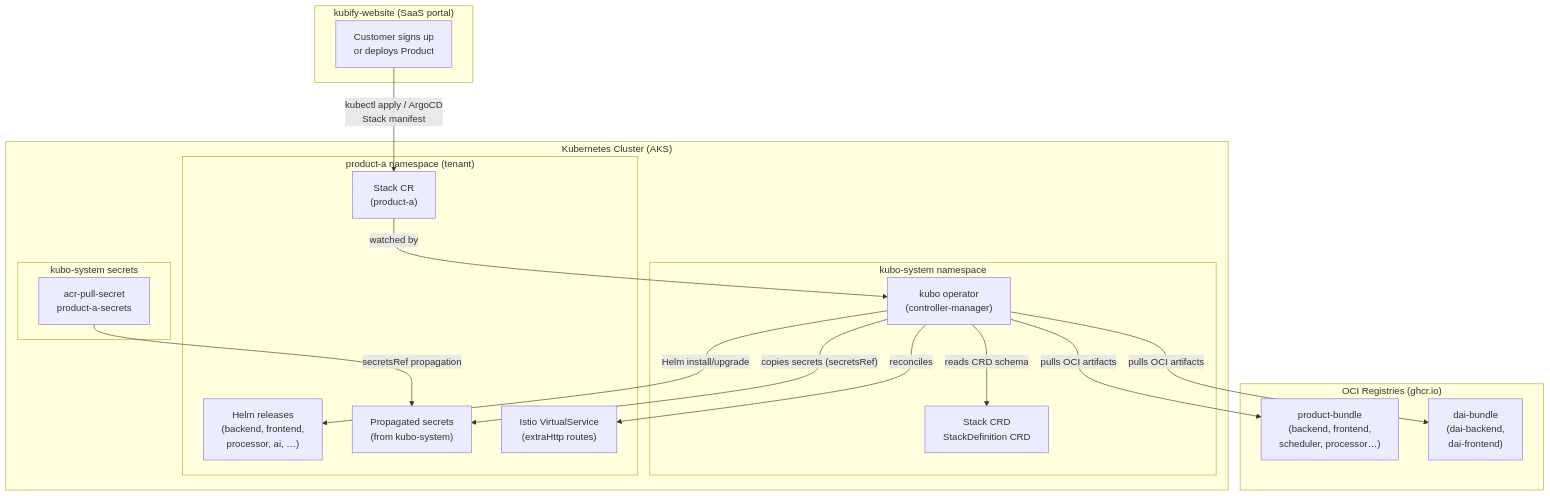
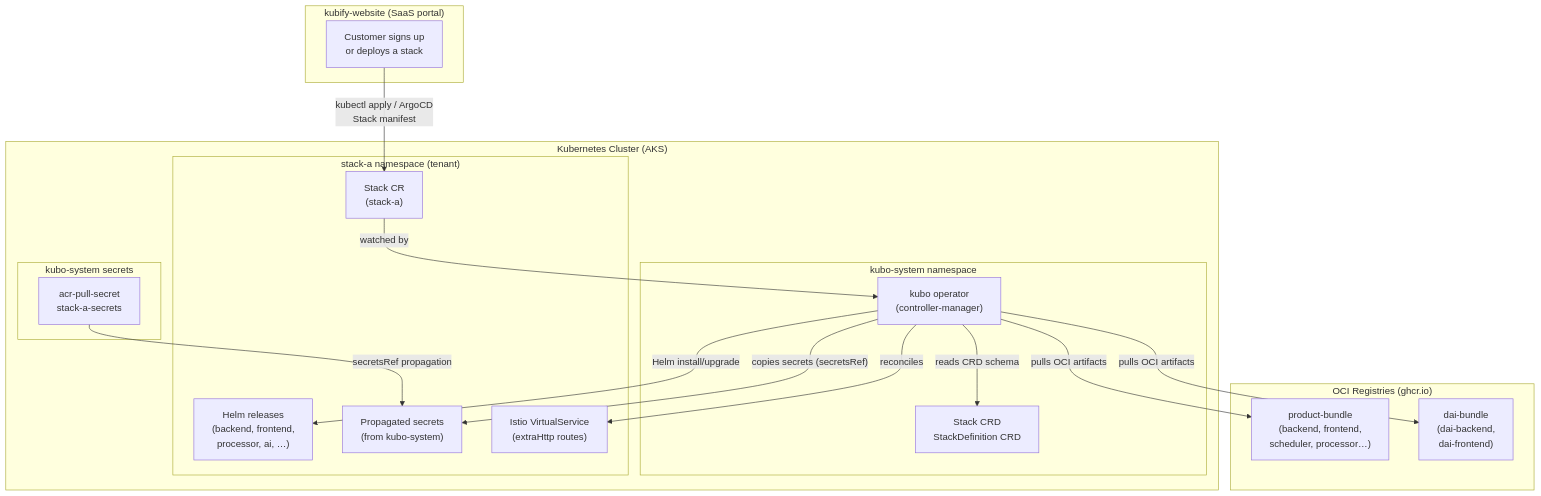
The diagram in docs/architecture.md (einyx/kubify), drawn with Mermaid before and after one commit. The commit also changed 30 other files, not shown here.

````diff
--- a/docs/architecture.md
+++ b/docs/architecture.md
@@ -3,39 +3,39 @@
 ```mermaid
 flowchart TD
     subgraph Website["kubify-website (SaaS portal)"]
-        WEB["Customer signs up\nor deploys Product"]
+        WEB["Customer signs up\nor deploys a stack"]
     end
 
     subgraph K8s["Kubernetes Cluster (AKS)"]
         subgraph KuboNS["kubo-system namespace"]
             OP["kubo operator\n(controller-manager)"]
             CRDS["Stack CRD\nStackDefinition CRD"]
         end
 
-        subgraph TenantNS["product-a namespace (tenant)"]
-            STACK["Stack CR\n(product-a)"]
+        subgraph TenantNS["stack-a namespace (tenant)"]
+            STACK["Stack CR\n(stack-a)"]
             HELM["Helm releases\n(backend, frontend,\nprocessor, ai, …)"]
             SECRETS["Propagated secrets\n(from kubo-system)"]
             VS["Istio VirtualService\n(extraHttp routes)"]
         end
 
         subgraph KuboSys["kubo-system secrets"]
-            PULL["acr-pull-secret\nproduct-a-secrets"]
+            PULL["acr-pull-secret\nstack-a-secrets"]
         end
     end
 
     subgraph OCI["OCI Registries (ghcr.io)"]
         FBUNDLE["product-bundle\n(backend, frontend,\nscheduler, processor…)"]
         DAIBUNDLE["dai-bundle\n(dai-backend,\ndai-frontend)"]
     end
 
     WEB -->|"kubectl apply / ArgoCD\nStack manifest"| STACK
     STACK -->|"watched by"| OP
     OP -->|"reads CRD schema"| CRDS
     OP -->|"pulls OCI artifacts"| FBUNDLE
     OP -->|"pulls OCI artifacts"| DAIBUNDLE
     OP -->|"Helm install/upgrade"| HELM
     OP -->|"copies secrets (secretsRef)"| SECRETS
     OP -->|"reconciles"| VS
     PULL -->|"secretsRef propagation"| SECRETS
 ```
````
